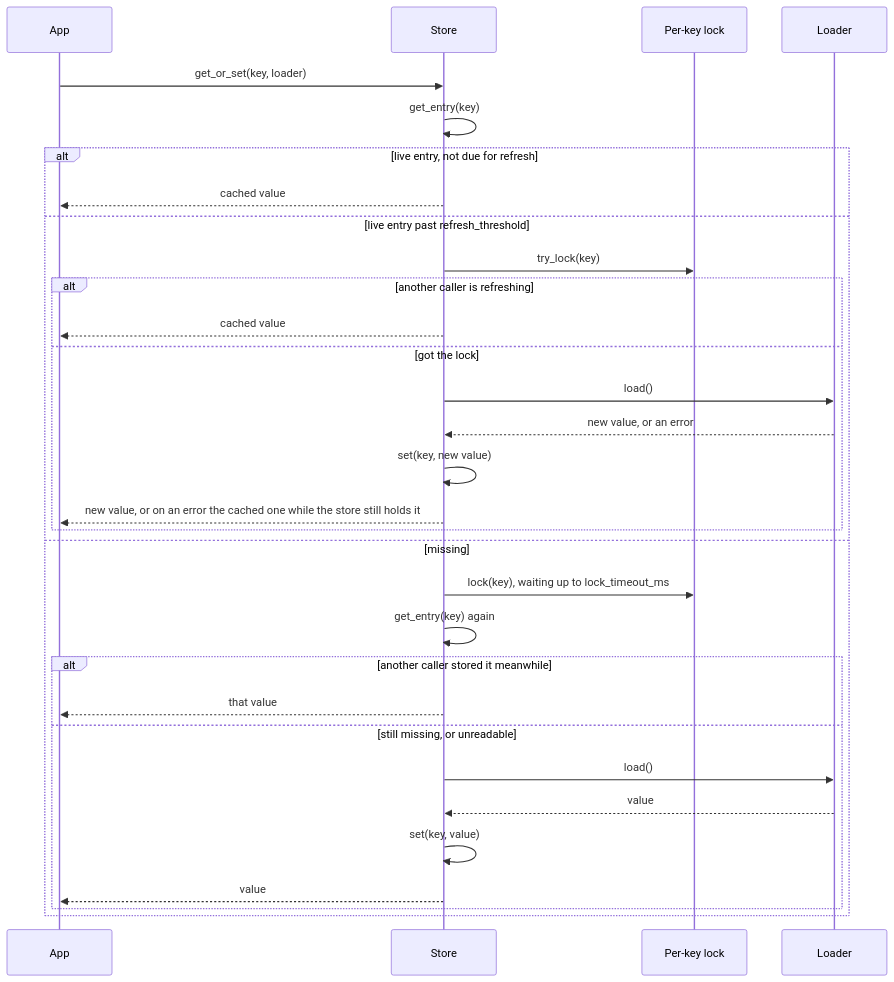
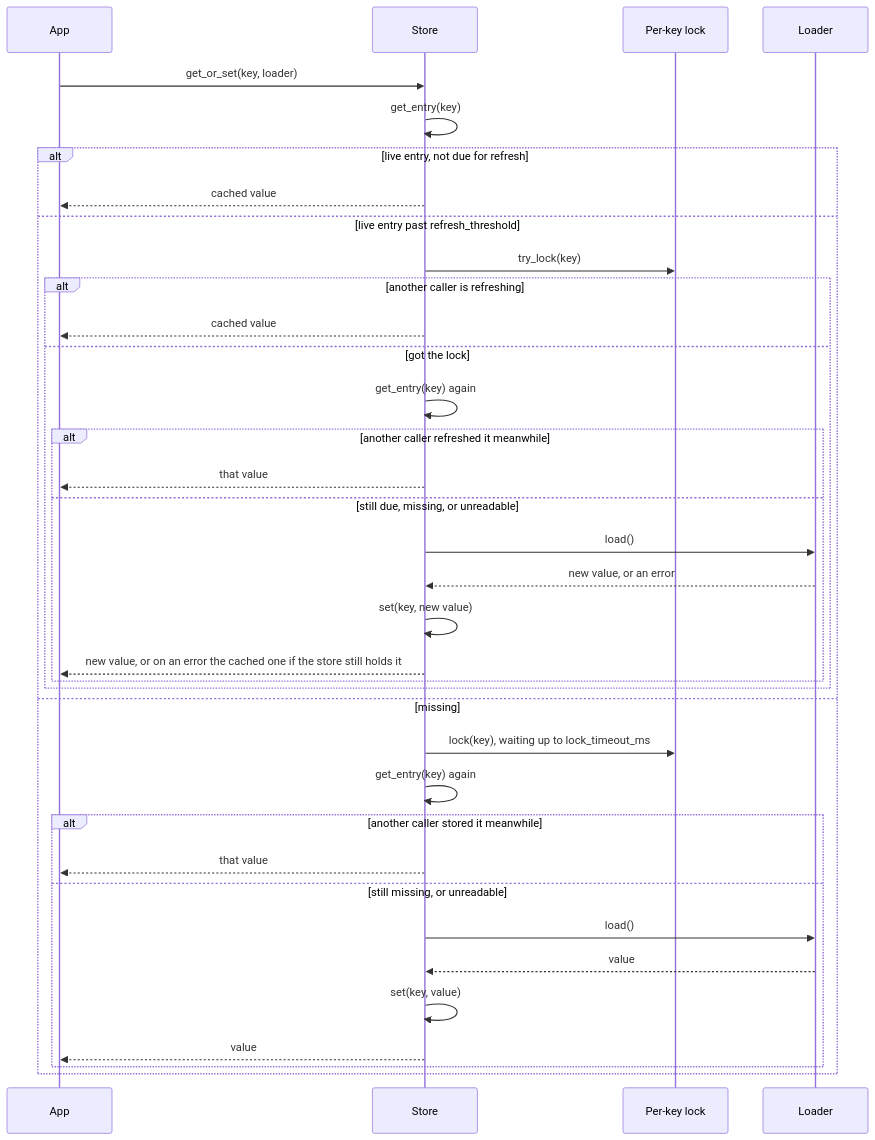
The first of 8 diagrams in docs/02-flows.md (sisaio/sisa-caching-rs), drawn with Mermaid before and after one commit. The commit also changed 3 other files, not shown here.

First line of the commit message:
fix(core): refresh an entry once when another caller just did

````diff
--- a/docs/02-flows.md
+++ b/docs/02-flows.md
@@ -11,34 +11,39 @@
 ```mermaid
 sequenceDiagram
     participant App
     participant Store
     participant Lock as Per-key lock
     participant Loader
 
     App->>Store: get_or_set(key, loader)
     Store->>Store: get_entry(key)
     alt live entry, not due for refresh
         Store-->>App: cached value
     else live entry past refresh_threshold
         Store->>Lock: try_lock(key)
         alt another caller is refreshing
             Store-->>App: cached value
         else got the lock
-            Store->>Loader: load()
-            Loader-->>Store: new value, or an error
-            Store->>Store: set(key, new value)
-            Store-->>App: new value, or on an error the cached one while the store still holds it
+            Store->>Store: get_entry(key) again
+            alt another caller refreshed it meanwhile
+                Store-->>App: that value
+            else still due, missing, or unreadable
+                Store->>Loader: load()
+                Loader-->>Store: new value, or an error
+                Store->>Store: set(key, new value)
+                Store-->>App: new value, or on an error the cached one if the store still holds it
+            end
         end
     else missing
         Store->>Lock: lock(key), waiting up to lock_timeout_ms
         Store->>Store: get_entry(key) again
         alt another caller stored it meanwhile
             Store-->>App: that value
         else still missing, or unreadable
             Store->>Loader: load()
             Loader-->>Store: value
             Store->>Store: set(key, value)
             Store-->>App: value
         end
     end
 ```
````
